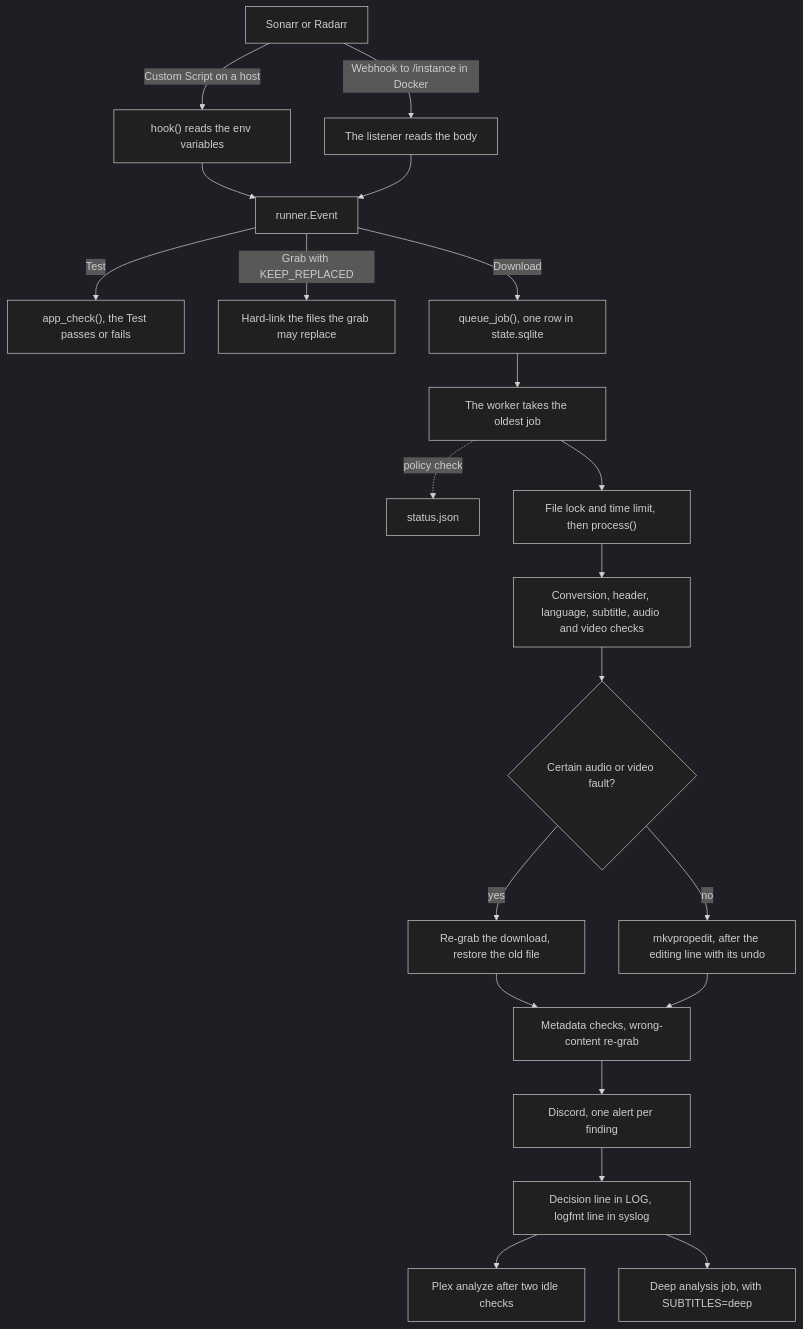
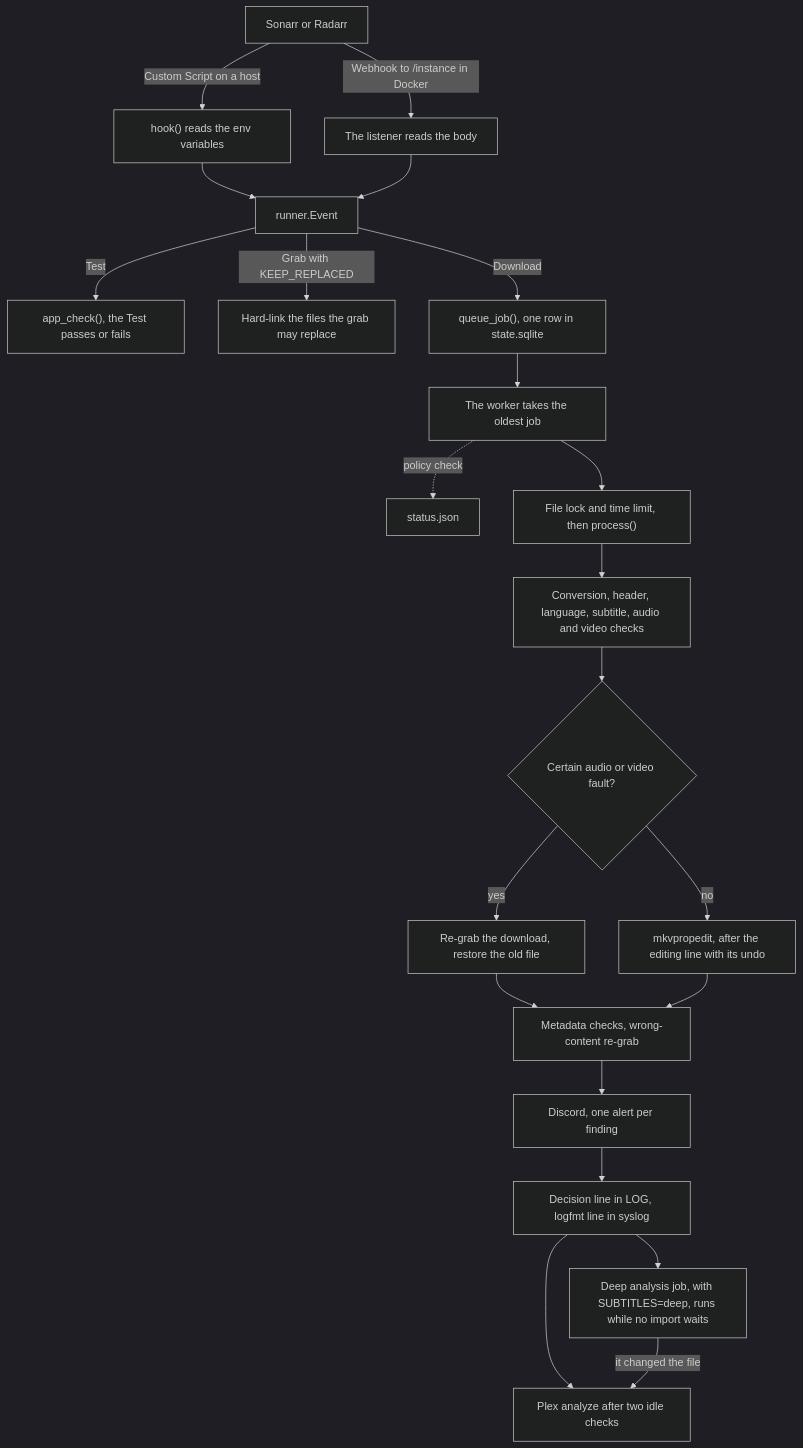
Before and after one commit to samwiseg0/arr-media-guard: the diagram in docs/how-it-works.md, drawn with Mermaid (dark theme). The commit also changed other lines of this file, not shown here.

Commit message:
docs: show the Plex analyze after a deep analysis that changed the file

````diff
--- a/docs/how-it-works.md
+++ b/docs/how-it-works.md
@@ -14,24 +14,25 @@
 ```mermaid
 flowchart TD
     app["Sonarr or Radarr"]
     app -->|"Custom Script on a host"| hook["hook() reads the env variables"]
     app -->|"Webhook to /instance in Docker"| listener["The listener reads the body"]
     hook --> event["runner.Event"]
     listener --> event
     event -->|"Test"| test["app_check(), the Test passes or fails"]
     event -->|"Grab with KEEP_REPLACED"| keep["Hard-link the files the grab may replace"]
     event -->|"Download"| queue["queue_job(), one row in state.sqlite"]
     queue --> worker["The worker takes the oldest job"]
     worker -.->|"policy check"| status["status.json"]
     worker --> process["File lock and time limit, then process()"]
     process --> checks["Conversion, header, language, subtitle, audio and video checks"]
     checks --> fault{"Certain audio or video fault?"}
     fault -->|"yes"| regrab["Re-grab the download, restore the old file"]
     fault -->|"no"| edit["mkvpropedit, after the editing line with its undo"]
     regrab --> meta["Metadata checks, wrong-content re-grab"]
     edit --> meta
     meta --> discord["Discord, one alert per finding"]
     discord --> decision["Decision line in LOG, logfmt line in syslog"]
     decision --> plex["Plex analyze after two idle checks"]
-    decision --> deep["Deep analysis job, with SUBTITLES=deep"]
+    decision --> deep["Deep analysis job, with SUBTITLES=deep, runs while no import waits"]
+    deep -->|"it changed the file"| plex
 ```
````
